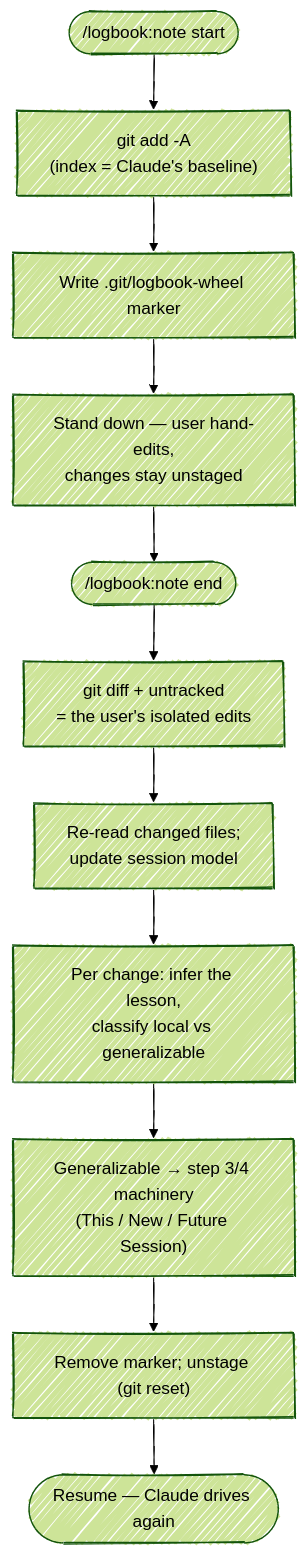
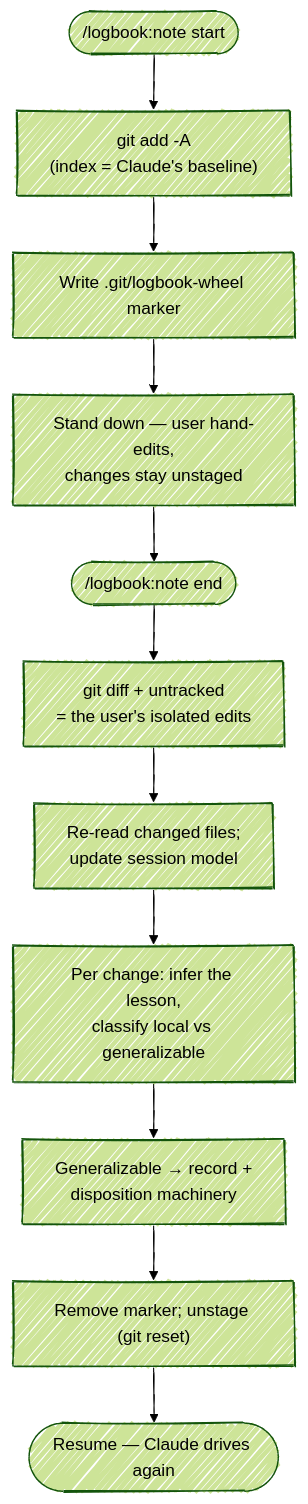
One commit to chris-peterson/logbook changed the second of 2 diagrams in skills/note/SKILL.md. Above: the diagram before and after it, drawn with Mermaid (forest theme). The commit also changed other lines of this file and 8 other files, not shown here.

````diff
--- a/skills/note/SKILL.md
+++ b/skills/note/SKILL.md
@@ -228,14 +216,14 @@
 ```mermaid
 %%{ init: { 'look': 'handDrawn' } }%%
 flowchart TD
     StartCmd(["/logbook:note start"]) --> Stage["git add -A<br/>(index = Claude's baseline)"]
     Stage --> Marker["Write .git/logbook-wheel marker"]
     Marker --> StandDown["Stand down — user hand-edits,<br/>changes stay unstaged"]
     StandDown --> EndCmd(["/logbook:note end"])
     EndCmd --> Diff["git diff + untracked<br/>= the user's isolated edits"]
     Diff --> Reread["Re-read changed files;<br/>update session model"]
     Reread --> Lessons["Per change: infer the lesson,<br/>classify local vs generalizable"]
-    Lessons --> Harvest["Generalizable → step 3/4 machinery<br/>(This / New / Future Session)"]
+    Lessons --> Harvest["Generalizable → record +<br/>disposition machinery"]
     Harvest --> Close["Remove marker; unstage (git reset)"]
     Close --> Resume([Resume — Claude drives again])
 ```
````
